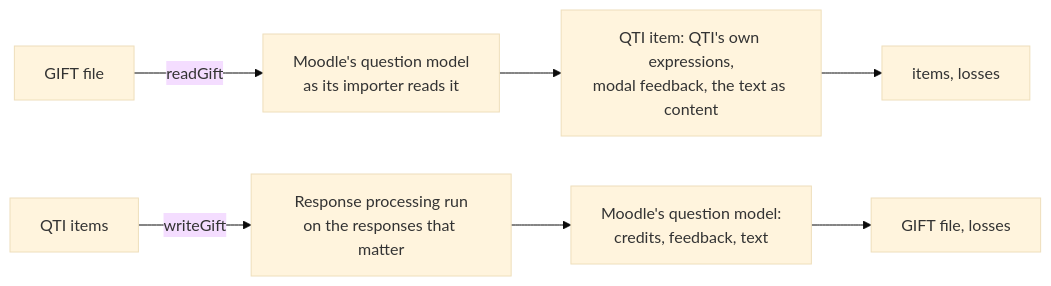
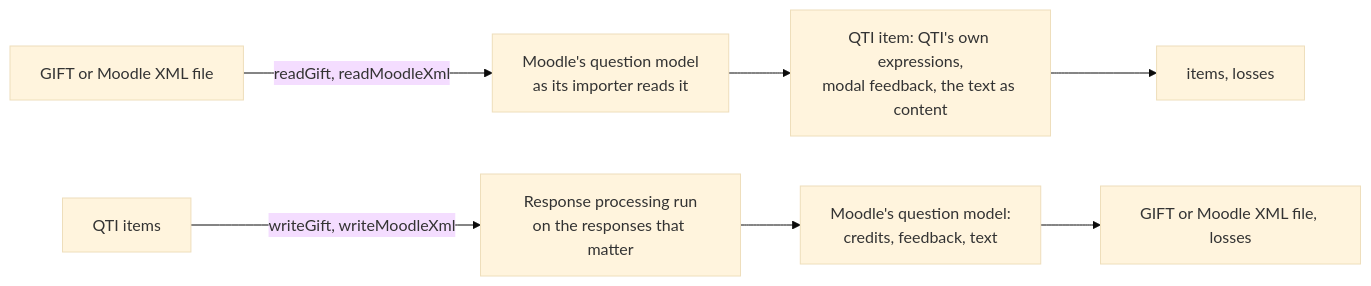
Before and after one commit to assesskit/assesskit: the diagram in docs/runtime/item-formats.md, drawn with Mermaid (base theme). The commit also changed other lines of this file and 31 other files, not shown here.

````diff
--- a/docs/runtime/item-formats.md
+++ b/docs/runtime/item-formats.md
@@ -9,9 +9,9 @@
 ```mermaid
 flowchart LR
-  file["GIFT file"] -- "readGift" --> question["Moodle's question model<br/>as its importer reads it"]
+  file["GIFT or Moodle XML file"] -- "readGift, readMoodleXml" --> question["Moodle's question model<br/>as its importer reads it"]
   question --> built["QTI item: QTI's own expressions,<br/>modal feedback, the text as content"]
   built --> items["items, losses"]
-  qti["QTI items"] -- "writeGift" --> run["Response processing run<br/>on the responses that matter"]
+  qti["QTI items"] -- "writeGift, writeMoodleXml" --> run["Response processing run<br/>on the responses that matter"]
   run --> model["Moodle's question model:<br/>credits, feedback, text"]
-  model --> text["GIFT file, losses"]
+  model --> text["GIFT or Moodle XML file, losses"]
 ```
````
